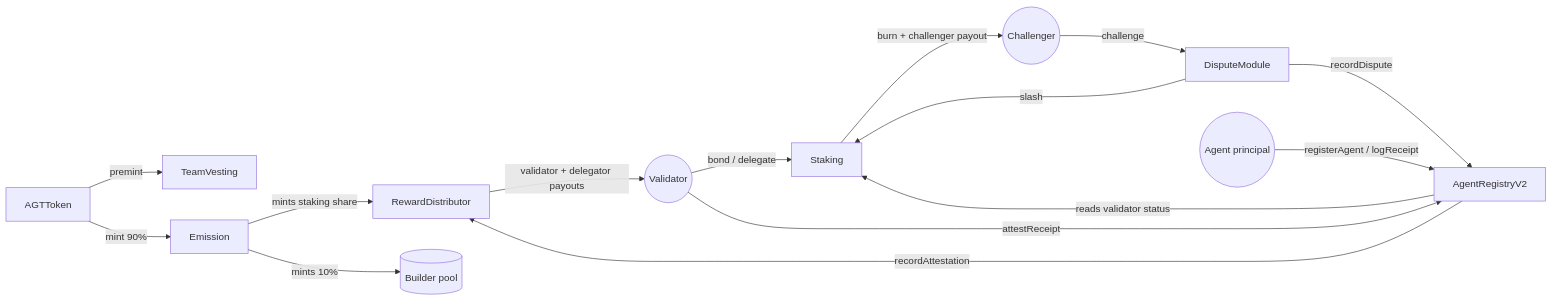
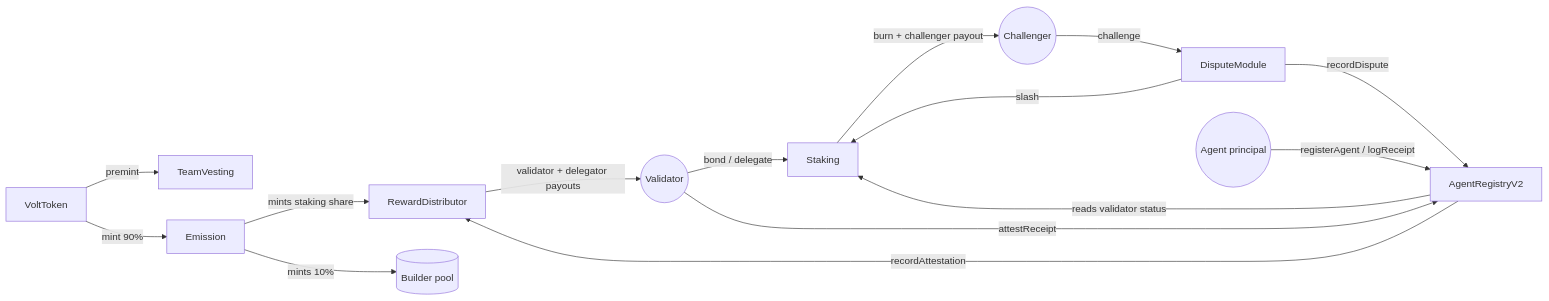
The diagram in README.md (Rsmac93/agent-trust-protocol), drawn with Mermaid before and after one commit. The commit also changed other lines of this file and 37 other files, not shown here.

````diff
--- a/README.md
+++ b/README.md
@@ -55,31 +55,31 @@
 ```mermaid
 graph LR
-    Token[AGTToken]
+    Token[VoltToken]
     Emit[Emission]
     Stake[Staking]
     Registry[AgentRegistryV2]
     Reward[RewardDistributor]
     Dispute[DisputeModule]
     Vesting[TeamVesting]
 
     Agent((Agent principal))
     Validator((Validator))
     Challenger((Challenger))
 
     Token -- premint --> Vesting
     Token -- mint 90% --> Emit
     Emit -- mints staking share --> Reward
     Emit -- mints 10% --> BuilderPool[(Builder pool)]
     Reward -- validator + delegator payouts --> Validator
 
     Agent -- registerAgent / logReceipt --> Registry
     Validator -- bond / delegate --> Stake
     Validator -- attestReceipt --> Registry
     Registry -- recordAttestation --> Reward
     Registry -- reads validator status --> Stake
 
     Challenger -- challenge --> Dispute
     Dispute -- slash --> Stake
     Dispute -- recordDispute --> Registry
     Stake -- burn + challenger payout --> Challenger
 ```
````
